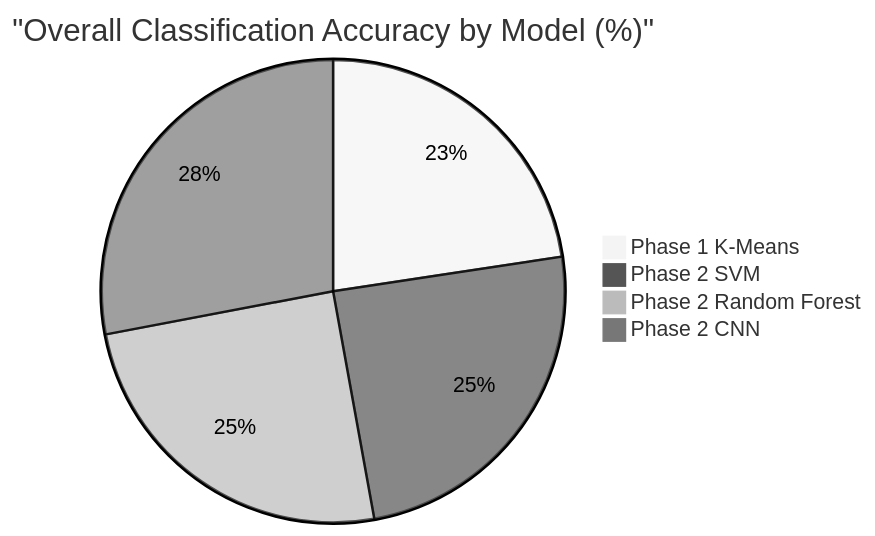
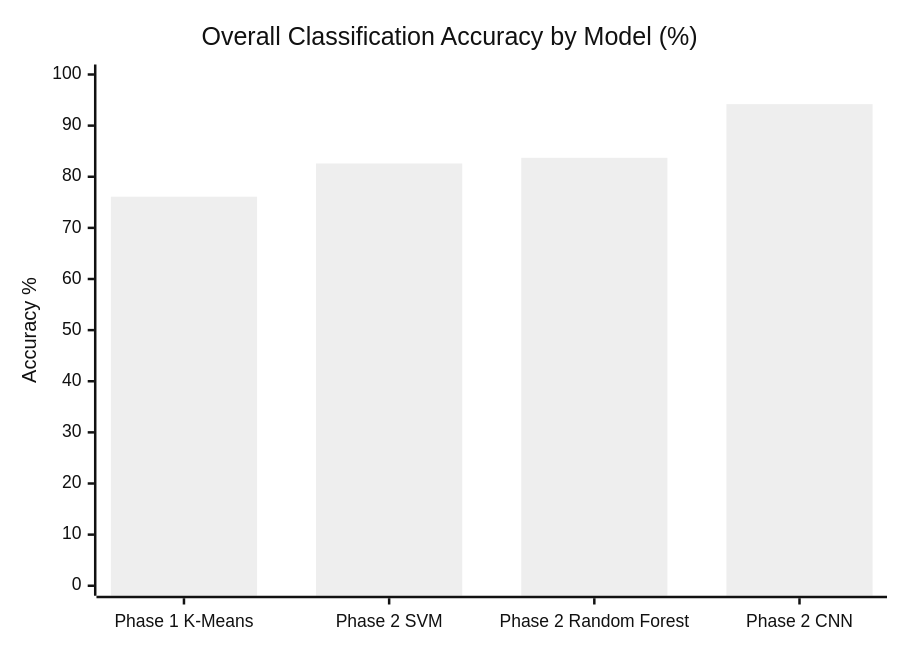
The second of 3 diagrams in README.md (starrdye/beatbox-classfication), drawn with Mermaid (neutral theme) before and after one commit. The commit also changed other lines of this file, not shown here.

Commit message:
docs: Format README poster sections and convert accuracy pie chart to bar chart

````diff
--- a/README.md
+++ b/README.md
@@ -52,7 +51,7 @@
 ```mermaid
-pie title "Overall Classification Accuracy by Model (%)"
-    "Phase 1 K-Means" : 76.1
-    "Phase 2 SVM" : 82.6
-    "Phase 2 Random Forest" : 83.7
-    "Phase 2 CNN" : 94.2
+xychart-beta
+    title "Overall Classification Accuracy by Model (%)"
+    x-axis ["Phase 1 K-Means", "Phase 2 SVM", "Phase 2 Random Forest", "Phase 2 CNN"]
+    y-axis "Accuracy %" 0 --> 100
+    bar [76.1, 82.6, 83.7, 94.2]
 ```
````
